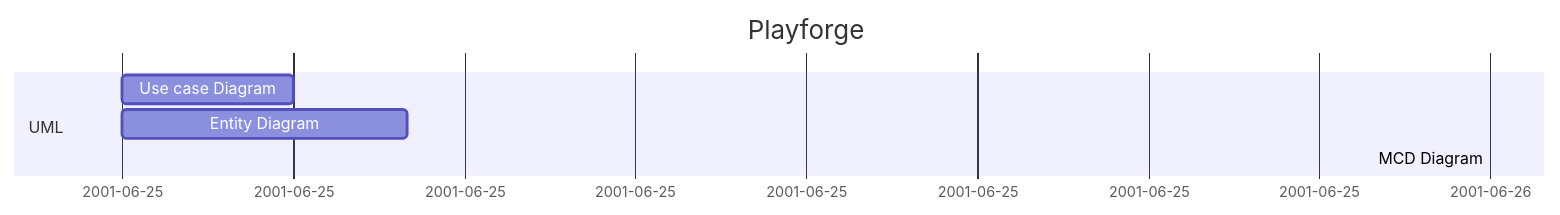
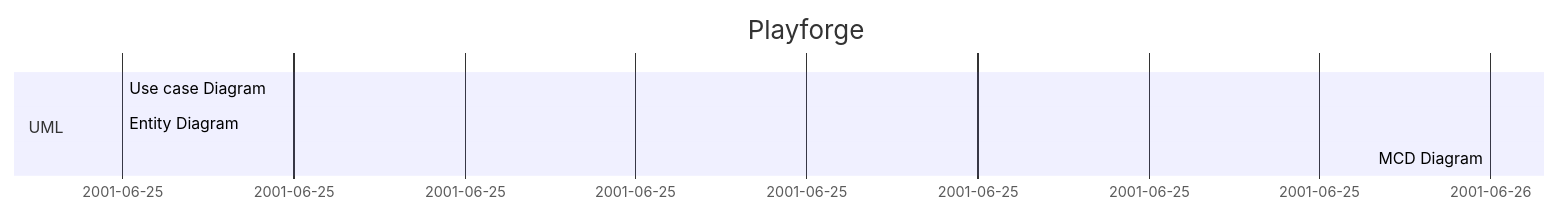
One commit to JameS-Gmz/api-Rest changed the first of 3 diagrams in README.md. Above: the diagram before and after it, drawn with Mermaid.

````diff
--- a/README.md
+++ b/README.md
@@ -45,9 +45,9 @@
 ```mermaid
 gantt
     title Playforge
     dateFormat MM-DD-HH
     section UML
-        Use case Diagram    : 06-25,3h
-        Entity Diagram    : 06-25, 5h
+        Use case Diagram    : 06-25,8:00
+        Entity Diagram    : 06-25, 11:00
         MCD Diagram    : 06-26, 9am 4h
 ```
````
